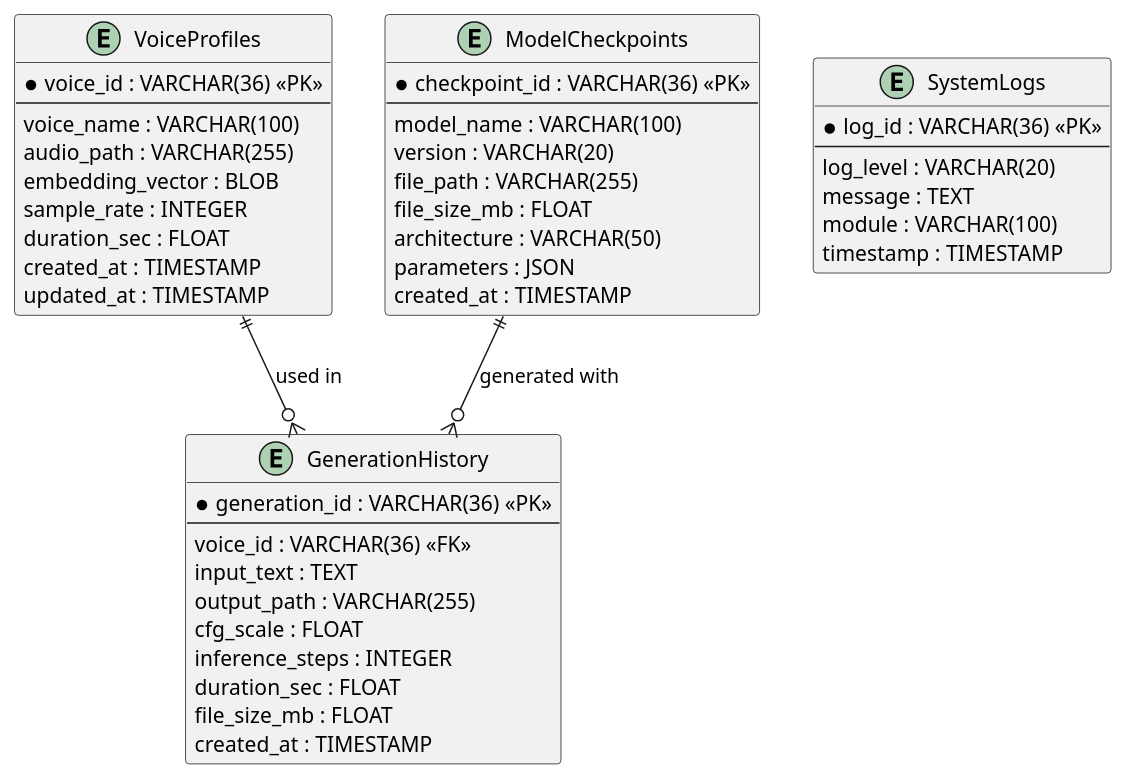
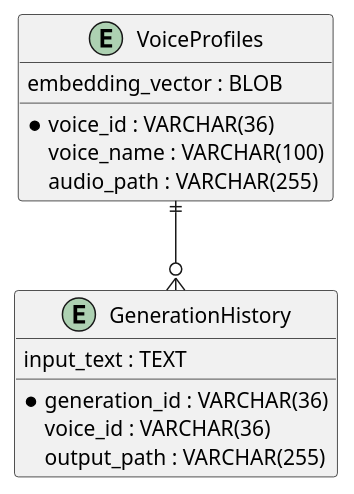
One commit to hvardhan1024/testrepo changed diagram 11 of 11 in README.md. Above: the diagram before and after it, drawn with PlantUML. The commit also changed other lines of this file, not shown here.

First line of the commit message:
Revise architecture diagrams and descriptions in README

````diff
--- a/README.md
+++ b/README.md
@@ -811,52 +513,19 @@
 ```plantuml
 @startuml
-entity "VoiceProfiles" as VP {
-  * voice_id : VARCHAR(36) <<PK>>
-  --
+entity VoiceProfiles {
+  * voice_id : VARCHAR(36)
   voice_name : VARCHAR(100)
   audio_path : VARCHAR(255)
   embedding_vector : BLOB
-  sample_rate : INTEGER
-  duration_sec : FLOAT
-  created_at : TIMESTAMP
-  updated_at : TIMESTAMP
 }
 
-entity "GenerationHistory" as GH {
-  * generation_id : VARCHAR(36) <<PK>>
-  --
-  voice_id : VARCHAR(36) <<FK>>
+entity GenerationHistory {
+  * generation_id : VARCHAR(36)
+  voice_id : VARCHAR(36)
   input_text : TEXT
   output_path : VARCHAR(255)
-  cfg_scale : FLOAT
-  inference_steps : INTEGER
-  duration_sec : FLOAT
-  file_size_mb : FLOAT
-  created_at : TIMESTAMP
 }
 
-entity "ModelCheckpoints" as MC {
-  * checkpoint_id : VARCHAR(36) <<PK>>
-  --
-  model_name : VARCHAR(100)
-  version : VARCHAR(20)
-  file_path : VARCHAR(255)
-  file_size_mb : FLOAT
-  architecture : VARCHAR(50)
-  parameters : JSON
-  created_at : TIMESTAMP
-}
-
-entity "SystemLogs" as SL {
-  * log_id : VARCHAR(36) <<PK>>
-  --
-  log_level : VARCHAR(20)
-  message : TEXT
-  module : VARCHAR(100)
-  timestamp : TIMESTAMP
-}
-
-VP ||--o{ GH : "used in"
-MC ||--o{ GH : "generated with"
+VoiceProfiles ||--o{ GenerationHistory
 @enduml
 ```
````
